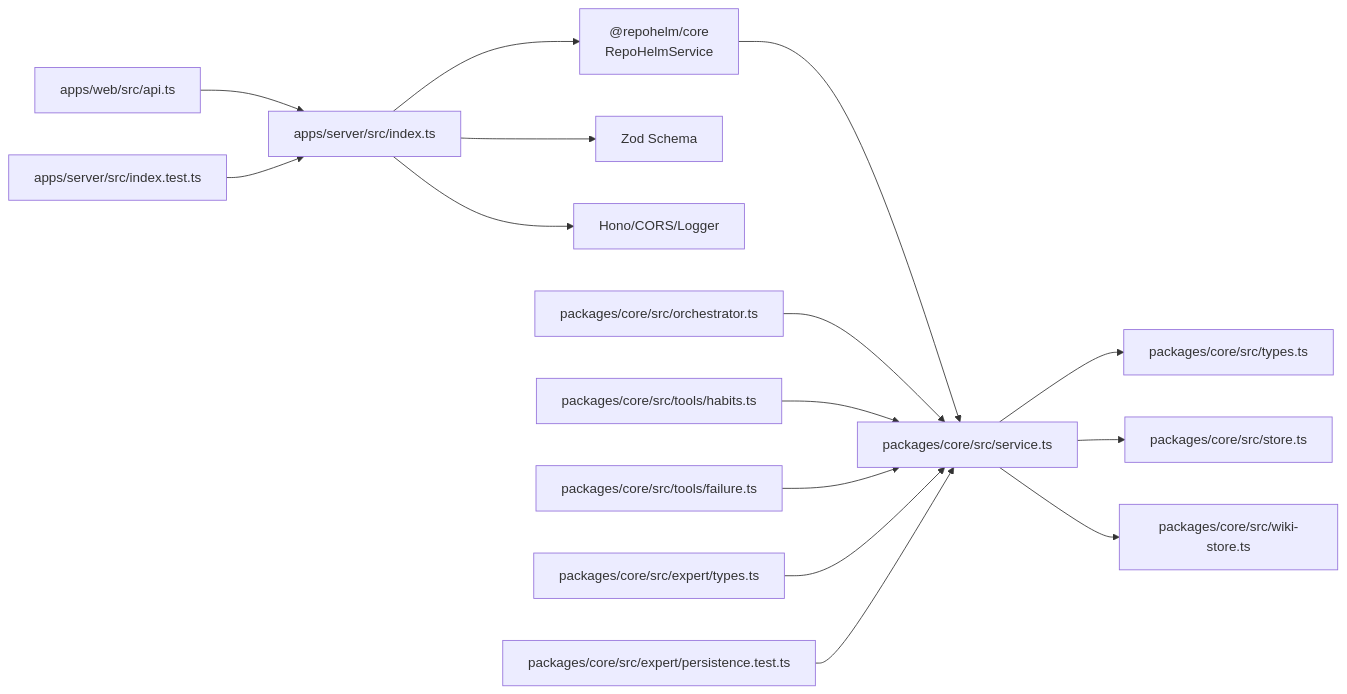
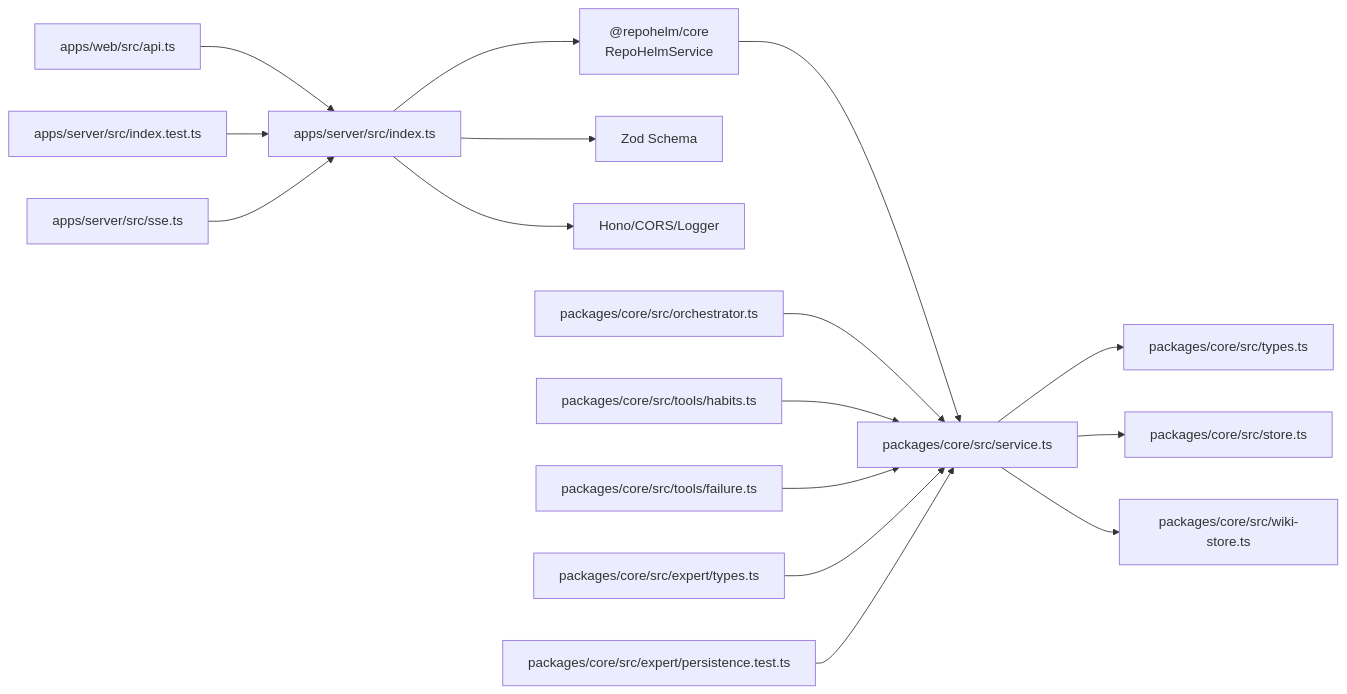
The third of 3 diagrams in .qoder/repowiki/zh/content/服务器 API 设计/服务器 API 设计.md (coconilu/RepoHelm), drawn with Mermaid before and after one commit. The commit also changed other lines of this file and 7 other files, not shown here.

````diff
--- a/.qoder/repowiki/zh/content/服务器 API 设计/服务器 API 设计.md
+++ b/.qoder/repowiki/zh/content/服务器 API 设计/服务器 API 设计.md
@@ -741,17 +788,18 @@
 ```mermaid
 graph LR
 A["apps/server/src/index.ts"] --> B["@repohelm/core<br/>RepoHelmService"]
 A --> C["Zod Schema"]
 A --> D["Hono/CORS/Logger"]
 E["apps/web/src/api.ts"] --> A
 B --> F["packages/core/src/service.ts"]
 F --> G["packages/core/src/types.ts"]
 F --> H["packages/core/src/store.ts"]
 F --> I["packages/core/src/wiki-store.ts"]
 J["packages/core/src/orchestrator.ts"] --> F
 K["packages/core/src/tools/habits.ts"] --> F
 L["packages/core/src/tools/failure.ts"] --> F
 M["packages/core/src/expert/types.ts"] --> F
 N["apps/server/src/index.test.ts"] --> A
 O["packages/core/src/expert/persistence.test.ts"] --> F
+P["apps/server/src/sse.ts"] --> A
 ```
````
